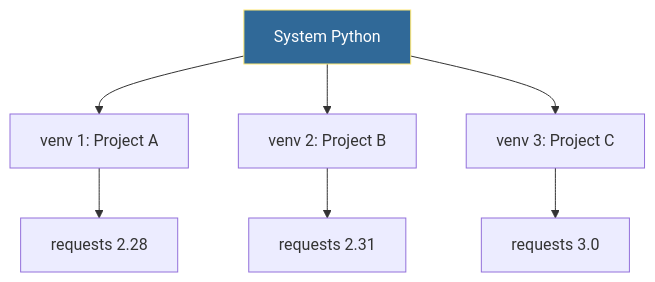
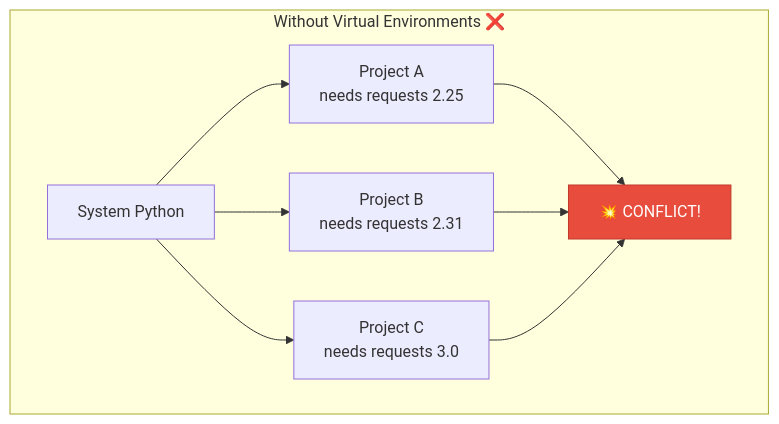
One commit to Ganil151/Devops changed the first of 3 diagrams in 1-Beginner/02-Phase-2/01-Automation/02-Python-Basics/15-Virtual-Environments/README.md. Above: the diagram before and after it, drawn with Mermaid. The commit also changed other lines of this file and 74 other files, not shown here.

````diff
--- a/1-Beginner/02-Phase-2/01-Automation/02-Python-Basics/15-Virtual-Environments/README.md
+++ b/1-Beginner/02-Phase-2/01-Automation/02-Python-Basics/15-Virtual-Environments/README.md
@@ -18,12 +20,13 @@
 ```mermaid
 flowchart TD
-    A[System Python] --> B[venv 1: Project A]
-    A --> C[venv 2: Project B]
-    A --> D[venv 3: Project C]
+    subgraph "Without Virtual Environments ❌"
+        A[System Python] --> B[Project A<br>needs requests 2.25]
+        A --> C[Project B<br>needs requests 2.31]
+        A --> D[Project C<br>needs requests 3.0]
+        B --> E[💥 CONFLICT!]
+        C --> E
+        D --> E
+    end
     
-    B --> B1[requests 2.28]
-    C --> C1[requests 2.31]
-    D --> D1[requests 3.0]
-    
-    style A fill:#306998,stroke:#ffe873,color:#fff
+    style E fill:#e74c3c,stroke:#c0392b,color:#fff
 ```
````
